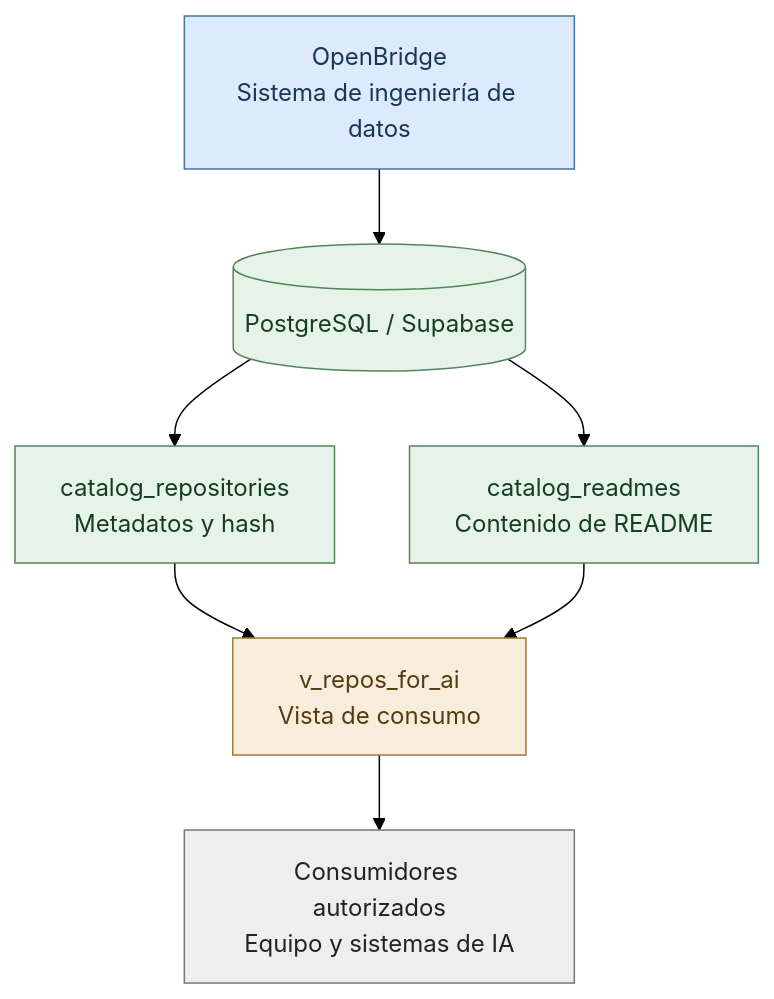
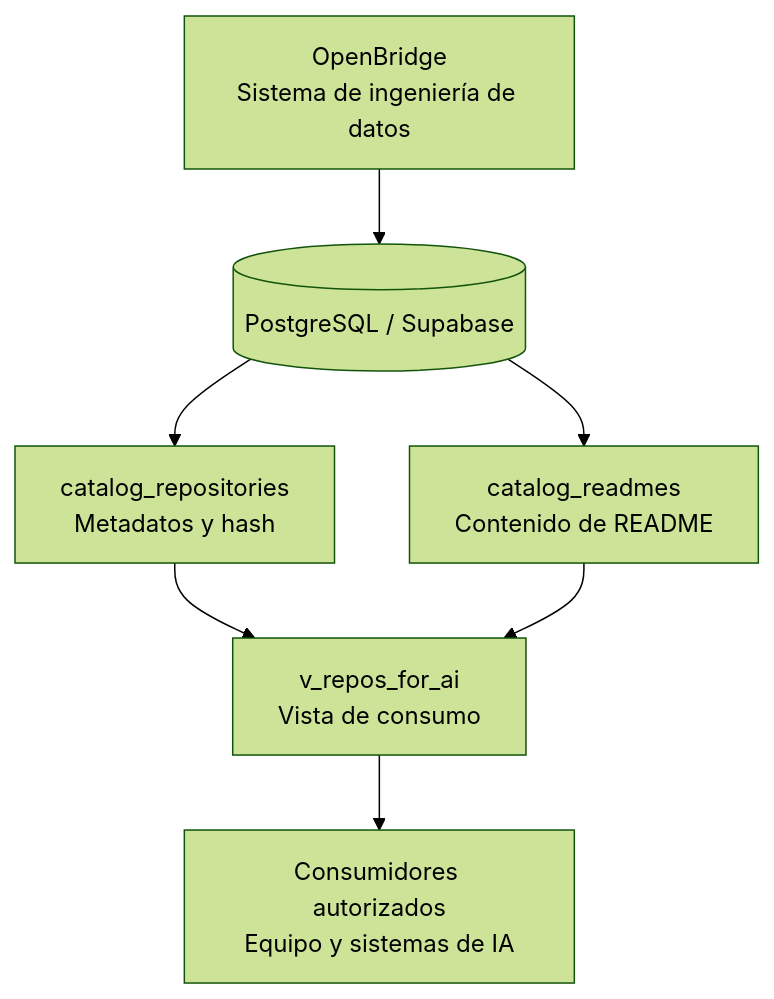
One commit to No-Country-simulation/S10_26_EQUIPO_29 changed the second of 3 diagrams in OpenBridge_Data.md. Above: the diagram before and after it, drawn with Mermaid (forest theme). The commit also changed other lines of this file, not shown here.

````diff
--- a/OpenBridge_Data.md
+++ b/OpenBridge_Data.md
@@ -131,32 +120,22 @@
 ```mermaid
 flowchart TD
     OB["OpenBridge<br/>Sistema de ingeniería de datos"]
 
     DB[("PostgreSQL / Supabase")]
 
     CR["catalog_repositories<br/>Metadatos y hash"]
     CM["catalog_readmes<br/>Contenido de README"]
 
     VW["v_repos_for_ai<br/>Vista de consumo"]
 
     IA["Consumidores autorizados<br/>Equipo y sistemas de IA"]
 
     OB --> DB
     DB --> CR
     DB --> CM
 
     CR --> VW
     CM --> VW
 
     VW --> IA
-
-    classDef system fill:#dceafb,stroke:#4475a5,color:#183653
-    classDef storage fill:#e5f3e8,stroke:#54845e,color:#173d20
-    classDef view fill:#f8eddb,stroke:#a17a36,color:#533b12
-    classDef consumer fill:#eeeeee,stroke:#777777,color:#222222
-
-    class OB system
-    class DB,CR,CM storage
-    class VW view
-    class IA consumer
 ```
````
